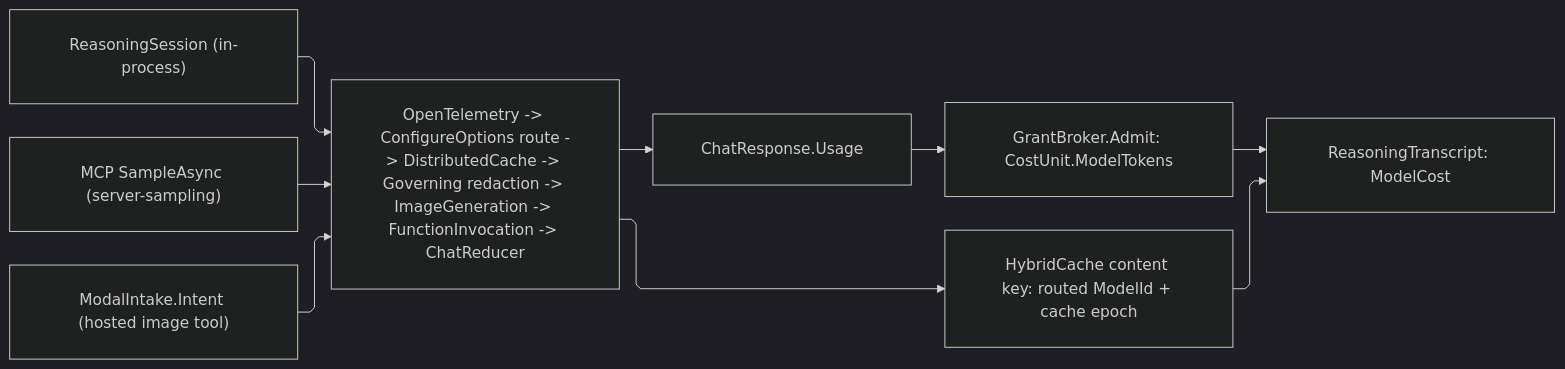
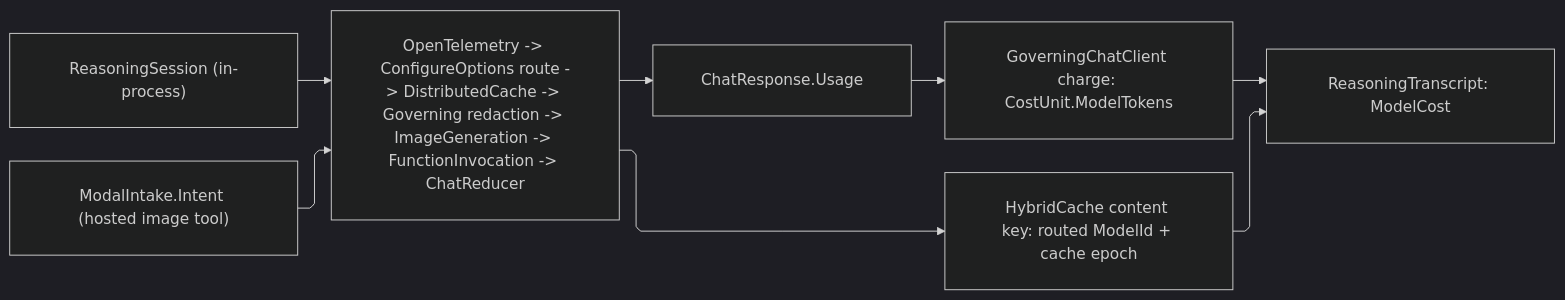
The diagram in libs/csharp/Rasm.AppHost/.planning/Agent/reasoning.md (bsamiee/Rasm), drawn with Mermaid (dark theme) before and after one commit. The commit also changed other lines of this file and 747 other files, not shown here.

````diff
--- a/libs/csharp/Rasm.AppHost/.planning/Agent/reasoning.md
+++ b/libs/csharp/Rasm.AppHost/.planning/Agent/reasoning.md
@@ -609,20 +685,19 @@
 ```mermaid
 ---
 config:
   layout: elk
   flowchart:
     curve: linear
     padding: 25
 ---
 flowchart LR
-    accTitle: One model-governance pipeline, three front doors
-    accDescr: Reasoning, MCP sampling, and the image modality compose one ChatClientBuilder chain whose decorator order places routing above the cache and redaction below it; usage charges the broker and the completed transcript enters the receipt fan.
+    accTitle: One model-governance pipeline, two front doors
+    accDescr: Reasoning and the image modality compose one ChatClientBuilder chain whose decorator order places routing above the cache and redaction below it; usage charges the broker and the completed transcript enters the receipt fan.
     Loop["ReasoningSession (in-process)"] --> Pipe
-    Sampling["MCP SampleAsync (server-sampling)"] --> Pipe
     Modal["ModalIntake.Intent (hosted image tool)"] --> Pipe
     Pipe["OpenTelemetry -> ConfigureOptions route -> DistributedCache -> Governing redaction -> ImageGeneration -> FunctionInvocation -> ChatReducer"] --> Usage["ChatResponse.Usage"]
-    Usage --> Charge["GrantBroker.Admit: CostUnit.ModelTokens"]
+    Usage --> Charge["GoverningChatClient charge: CostUnit.ModelTokens"]
     Pipe --> Cache["HybridCache content key: routed ModelId + cache epoch"]
     Charge --> Receipt["ReasoningTranscript: ModelCost"]
     Cache --> Receipt
 ```
````
